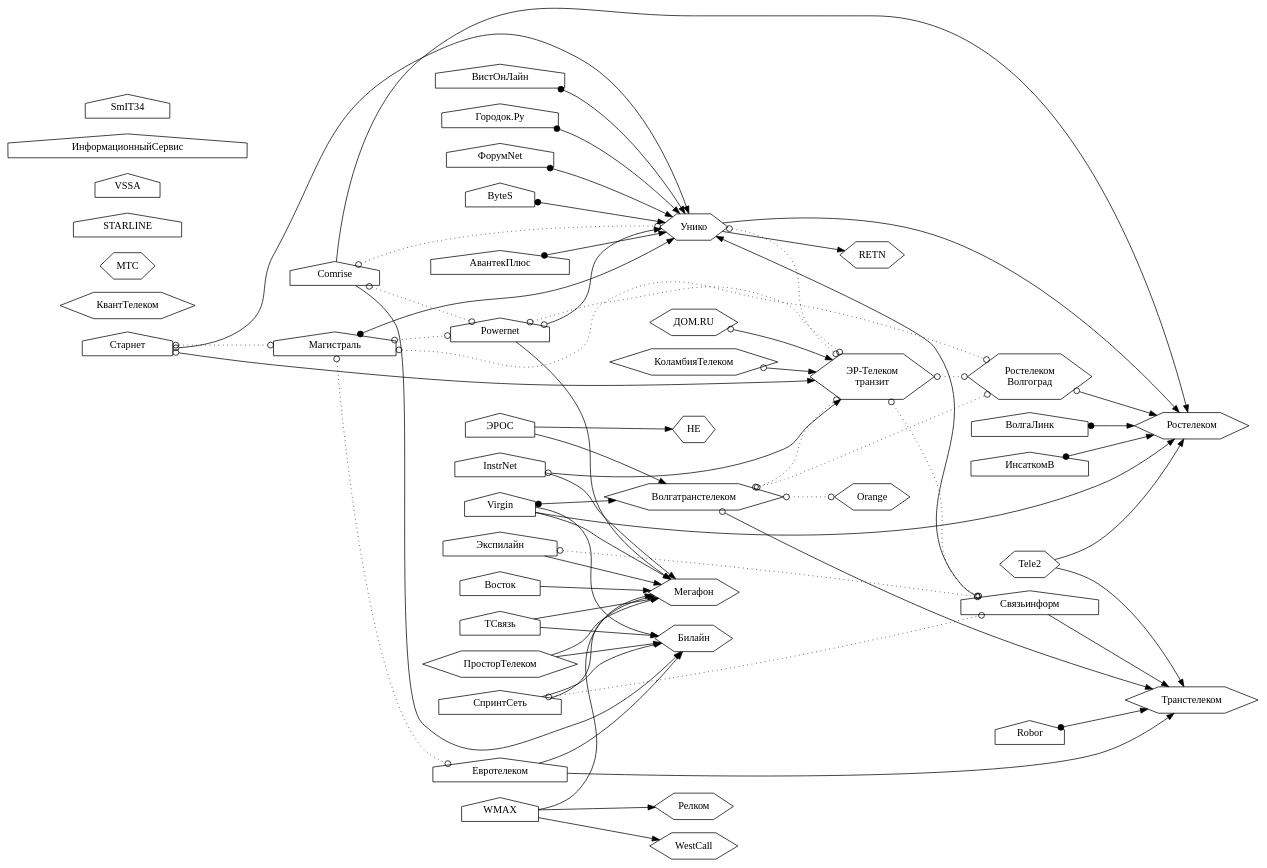
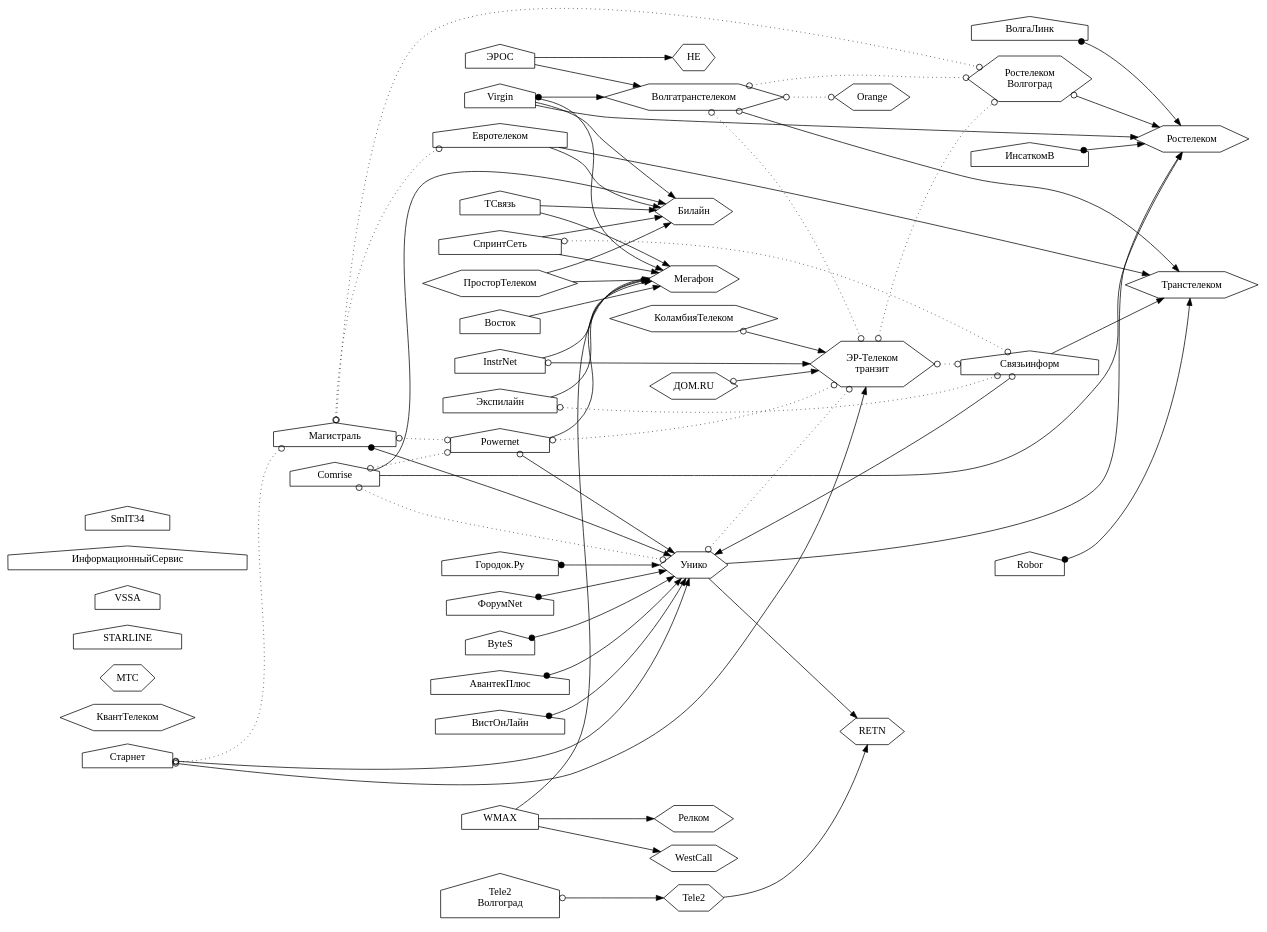
Before and after one commit to Urlandi/elsv-v.ru: the diagram in docs/links/links.dot, drawn with Graphviz. The commit also changed 5 other files, not shown here.

```diff
--- a/docs/links/links.dot
+++ b/docs/links/links.dot
@@ -1,161 +1,163 @@
 digraph ispgraph {
 
 rankdir = LR;
 node [shape=house;];
 
 Унико, ДомРу, ЭрТелеком, Транстелеком, Волгатранстелеком, Релком [shape=hexagon;];
 Мегафон, Вымпелком, КоламбияТелеком, Ростелеком, HE, КвантТелеком [shape=hexagon;];
 Tele2, МТС, ЮТК, Orange, ПросторТелеком, WestCall, RETN [shape=hexagon;];
 
 ДомРу [label="ДОМ.RU"];
 ЭрТелеком [label="ЭР-Телеком\nтранзит"];
 ЮТК [label="Ростелеком\nВолгоград"];
 Вымпелком [label="Билайн"];
 ГородокТочкаРу [label="Городок.Ру"];
+СМАРТС [label="Tele2\nВолгоград"];
 
 subgraph backbone {/*Собственная опорная сеть*/
 Транстелеком;
 Мегафон;
 Вымпелком;
 Ростелеком;
 HE;
 МТС;
 Orange;
 ЭрТелеком;
 WestCall;
 };
 
 subgraph Ростелеком {/*Провайдеры члены Ростелеком*/
 Ростелеком;
 ЮТК;
 };
 
 subgraph ЭрТелекомХолдинг {/*ЭР-Телеком*/
 ДомРу;
 ЭрТелеком;
 КоламбияТелеком;
 };
 
 {/*Отсутствует информация о подключении*/
 STARLINE;
 VSSA;
 ИнформационныйСервис;
 КвантТелеком;
 SmIT34;
 };
 
 
 {/*Магистральные связи*/
 
 Связьинформ -> Транстелеком;
 
-Tele2 -> Ростелеком;
-Tele2 -> Транстелеком;
+Tele2 -> RETN;
 
 СпринтСеть -> Вымпелком;
 СпринтСеть -> Мегафон;
 
 Экспилайн -> Мегафон;
 
 ЭРОС -> Волгатранстелеком;
 ЭРОС -> HE;
 
 
 Comrise -> Ростелеком;
 Comrise -> Вымпелком;
 
 Powernet -> Мегафон;
 
 Евротелеком -> Транстелеком;
 Евротелеком -> Вымпелком;
 
 Virgin -> Вымпелком;
 Virgin -> Мегафон;
 Virgin -> Ростелеком;
 
 Унико -> Ростелеком;
 Унико -> RETN;
 
 ПросторТелеком -> Вымпелком;
 ПросторТелеком -> Мегафон;
 
 WMAX -> Мегафон;
 WMAX -> WestCall;
 WMAX -> Релком;
 
 InstrNet -> Мегафон;
 
 ТСвязь -> Мегафон;
 ТСвязь -> Вымпелком;
 
 Восток -> Мегафон;
 
 {/*Пиринг с магистральным оператором*/
 edge [dir=both; arrowtail=odot;];
 
 Связьинформ -> Унико;
 
 Старнет -> Унико;
 Старнет -> ЭрТелеком;
 
 Powernet -> Унико;
 
 ЮТК -> Ростелеком;
 
 Волгатранстелеком -> Транстелеком;
 
 ДомРу -> ЭрТелеком;
 КоламбияТелеком -> ЭрТелеком;
 
 InstrNet -> ЭрТелеком;
 
+СМАРТС -> Tele2;
+
 };
 
 {/*Маршрутизация на оборудовании магистрального оператора*/
 edge [dir=both; arrowtail=dot;];
 
 ВолгаЛинк -> Ростелеком;
 ИнсаткомВ -> Ростелеком;
 Магистраль -> Унико;
 ГородокТочкаРу -> Унико;
 ФорумNet -> Унико;
 ByteS -> Унико;
 АвантекПлюс -> Унико;
 Robor -> Транстелеком;
 Virgin -> Волгатранстелеком;
 ВистОнЛайн -> Унико;
 };
 
 };
 
 {/*Пиринг*/
 
 edge [dir=both; arrowhead=odot; arrowtail=odot; style=dotted;];
 
 СпринтСеть -> Связьинформ;
 
 Старнет -> Магистраль;
 
 Экспилайн -> Связьинформ;
 
 Comrise -> Унико;
 Comrise -> Powernet;
 
 Powernet -> ЭрТелеком;
 
 Магистраль -> Powernet;
 Магистраль -> ЮТК;
 Магистраль -> Евротелеком;
 
 Унико -> ЭрТелеком;
 
 Волгатранстелеком -> ЮТК;
 Волгатранстелеком -> ЭрТелеком;
 Волгатранстелеком -> Orange;
 
 ЭрТелеком -> ЮТК;
 ЭрТелеком -> Связьинформ;
 
 };
 
 }
```
